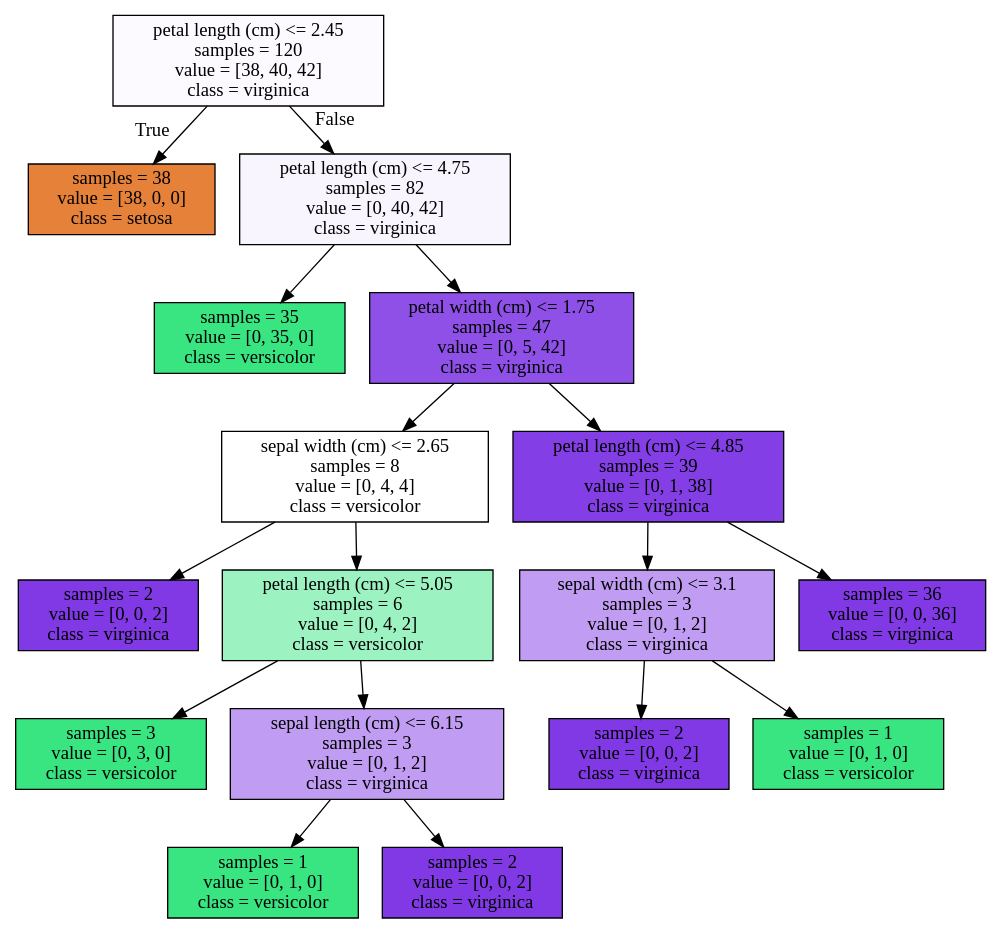
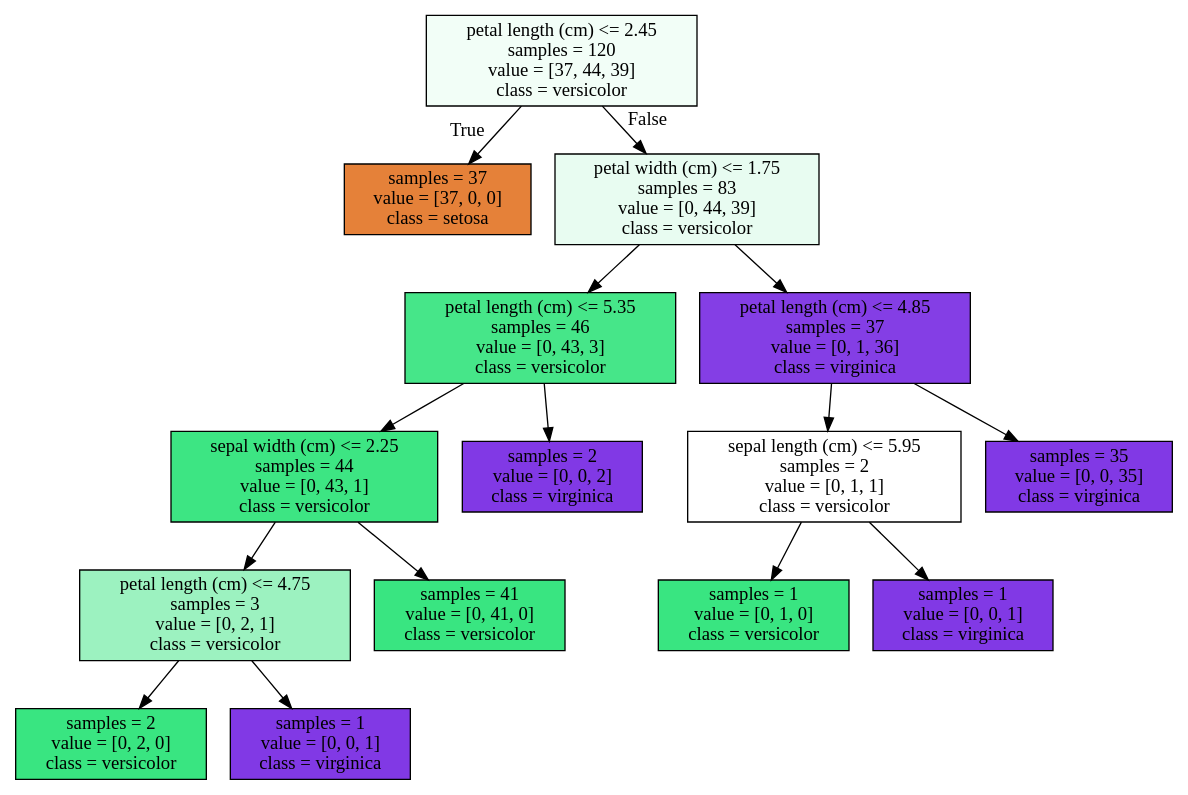
The diagram in machine_learning/AMPtech/arbol.dot (kendalvictor/codeando), drawn with Graphviz before and after one commit. The commit also changed 18 other files, not shown here.

```diff
--- a/machine_learning/AMPtech/arbol.dot
+++ b/machine_learning/AMPtech/arbol.dot
@@ -1,36 +1,32 @@
 digraph Tree {
 node [shape=box, style="filled", color="black"] ;
-0 [label="petal length (cm) <= 2.45\nsamples = 120\nvalue = [38, 40, 42]\nclass = virginica", fillcolor="#8139e506"] ;
-1 [label="samples = 38\nvalue = [38, 0, 0]\nclass = setosa", fillcolor="#e58139ff"] ;
+0 [label="petal length (cm) <= 2.45\nsamples = 120\nvalue = [37, 44, 39]\nclass = versicolor", fillcolor="#39e58110"] ;
+1 [label="samples = 37\nvalue = [37, 0, 0]\nclass = setosa", fillcolor="#e58139ff"] ;
 0 -> 1 [labeldistance=2.5, labelangle=45, headlabel="True"] ;
-2 [label="petal length (cm) <= 4.75\nsamples = 82\nvalue = [0, 40, 42]\nclass = virginica", fillcolor="#8139e50c"] ;
+2 [label="petal width (cm) <= 1.75\nsamples = 83\nvalue = [0, 44, 39]\nclass = versicolor", fillcolor="#39e5811d"] ;
 0 -> 2 [labeldistance=2.5, labelangle=-45, headlabel="False"] ;
-3 [label="samples = 35\nvalue = [0, 35, 0]\nclass = versicolor", fillcolor="#39e581ff"] ;
+3 [label="petal length (cm) <= 5.35\nsamples = 46\nvalue = [0, 43, 3]\nclass = versicolor", fillcolor="#39e581ed"] ;
 2 -> 3 ;
-4 [label="petal width (cm) <= 1.75\nsamples = 47\nvalue = [0, 5, 42]\nclass = virginica", fillcolor="#8139e5e1"] ;
-2 -> 4 ;
-5 [label="sepal width (cm) <= 2.65\nsamples = 8\nvalue = [0, 4, 4]\nclass = versicolor", fillcolor="#39e58100"] ;
+4 [label="sepal width (cm) <= 2.25\nsamples = 44\nvalue = [0, 43, 1]\nclass = versicolor", fillcolor="#39e581f9"] ;
+3 -> 4 ;
+5 [label="petal length (cm) <= 4.75\nsamples = 3\nvalue = [0, 2, 1]\nclass = versicolor", fillcolor="#39e5817f"] ;
 4 -> 5 ;
-6 [label="samples = 2\nvalue = [0, 0, 2]\nclass = virginica", fillcolor="#8139e5ff"] ;
+6 [label="samples = 2\nvalue = [0, 2, 0]\nclass = versicolor", fillcolor="#39e581ff"] ;
 5 -> 6 ;
-7 [label="petal length (cm) <= 5.05\nsamples = 6\nvalue = [0, 4, 2]\nclass = versicolor", fillcolor="#39e5817f"] ;
+7 [label="samples = 1\nvalue = [0, 0, 1]\nclass = virginica", fillcolor="#8139e5ff"] ;
 5 -> 7 ;
-8 [label="samples = 3\nvalue = [0, 3, 0]\nclass = versicolor", fillcolor="#39e581ff"] ;
-7 -> 8 ;
-9 [label="sepal length (cm) <= 6.15\nsamples = 3\nvalue = [0, 1, 2]\nclass = virginica", fillcolor="#8139e57f"] ;
-7 -> 9 ;
-10 [label="samples = 1\nvalue = [0, 1, 0]\nclass = versicolor", fillcolor="#39e581ff"] ;
-9 -> 10 ;
-11 [label="samples = 2\nvalue = [0, 0, 2]\nclass = virginica", fillcolor="#8139e5ff"] ;
-9 -> 11 ;
-12 [label="petal length (cm) <= 4.85\nsamples = 39\nvalue = [0, 1, 38]\nclass = virginica", fillcolor="#8139e5f8"] ;
-4 -> 12 ;
-13 [label="sepal width (cm) <= 3.1\nsamples = 3\nvalue = [0, 1, 2]\nclass = virginica", fillcolor="#8139e57f"] ;
-12 -> 13 ;
-14 [label="samples = 2\nvalue = [0, 0, 2]\nclass = virginica", fillcolor="#8139e5ff"] ;
-13 -> 14 ;
-15 [label="samples = 1\nvalue = [0, 1, 0]\nclass = versicolor", fillcolor="#39e581ff"] ;
-13 -> 15 ;
-16 [label="samples = 36\nvalue = [0, 0, 36]\nclass = virginica", fillcolor="#8139e5ff"] ;
-12 -> 16 ;
+8 [label="samples = 41\nvalue = [0, 41, 0]\nclass = versicolor", fillcolor="#39e581ff"] ;
+4 -> 8 ;
+9 [label="samples = 2\nvalue = [0, 0, 2]\nclass = virginica", fillcolor="#8139e5ff"] ;
+3 -> 9 ;
+10 [label="petal length (cm) <= 4.85\nsamples = 37\nvalue = [0, 1, 36]\nclass = virginica", fillcolor="#8139e5f8"] ;
+2 -> 10 ;
+11 [label="sepal length (cm) <= 5.95\nsamples = 2\nvalue = [0, 1, 1]\nclass = versicolor", fillcolor="#39e58100"] ;
+10 -> 11 ;
+12 [label="samples = 1\nvalue = [0, 1, 0]\nclass = versicolor", fillcolor="#39e581ff"] ;
+11 -> 12 ;
+13 [label="samples = 1\nvalue = [0, 0, 1]\nclass = virginica", fillcolor="#8139e5ff"] ;
+11 -> 13 ;
+14 [label="samples = 35\nvalue = [0, 0, 35]\nclass = virginica", fillcolor="#8139e5ff"] ;
+10 -> 14 ;
 }
```
